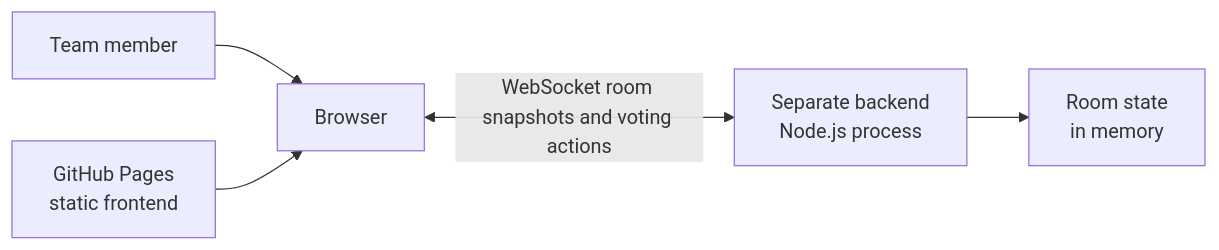
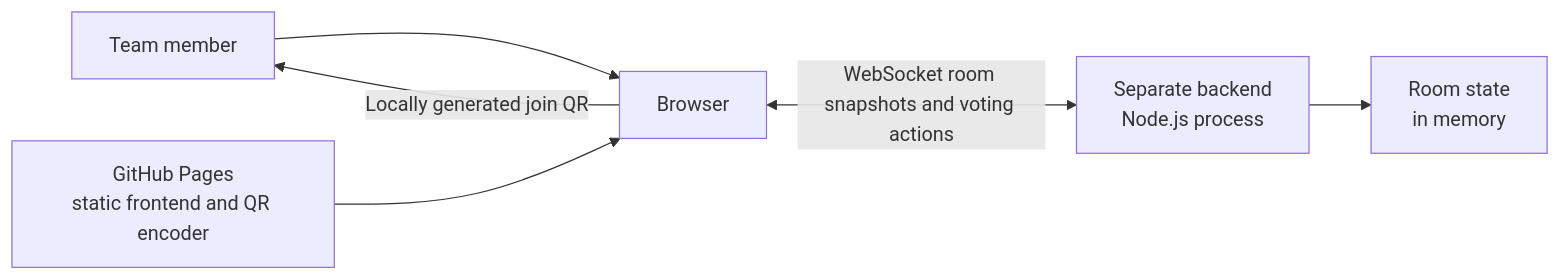
The diagram in docs/system-design.md (AI-Assisted-Coding-Training/ai-assisted-training-london-RAM), drawn with Mermaid before and after one commit. The commit also changed other lines of this file and 7 other files, not shown here.

````diff
--- a/docs/system-design.md
+++ b/docs/system-design.md
@@ -22,7 +25,8 @@
 ```mermaid
 flowchart LR
     User[Team member] --> Browser[Browser]
-    Pages[GitHub Pages<br/>static frontend] --> Browser
+    Pages[GitHub Pages<br/>static frontend and QR encoder] --> Browser
+    Browser -->|Locally generated join QR| User
     Browser <-->|WebSocket room snapshots and voting actions| Backend[Separate backend<br/>Node.js process]
     Backend --> State[Room state<br/>in memory]
 ```
````
